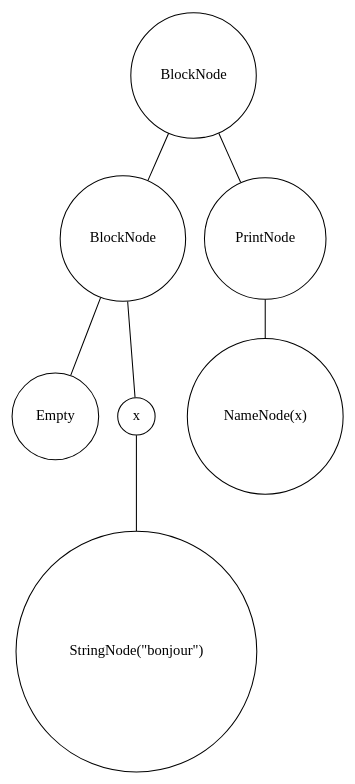
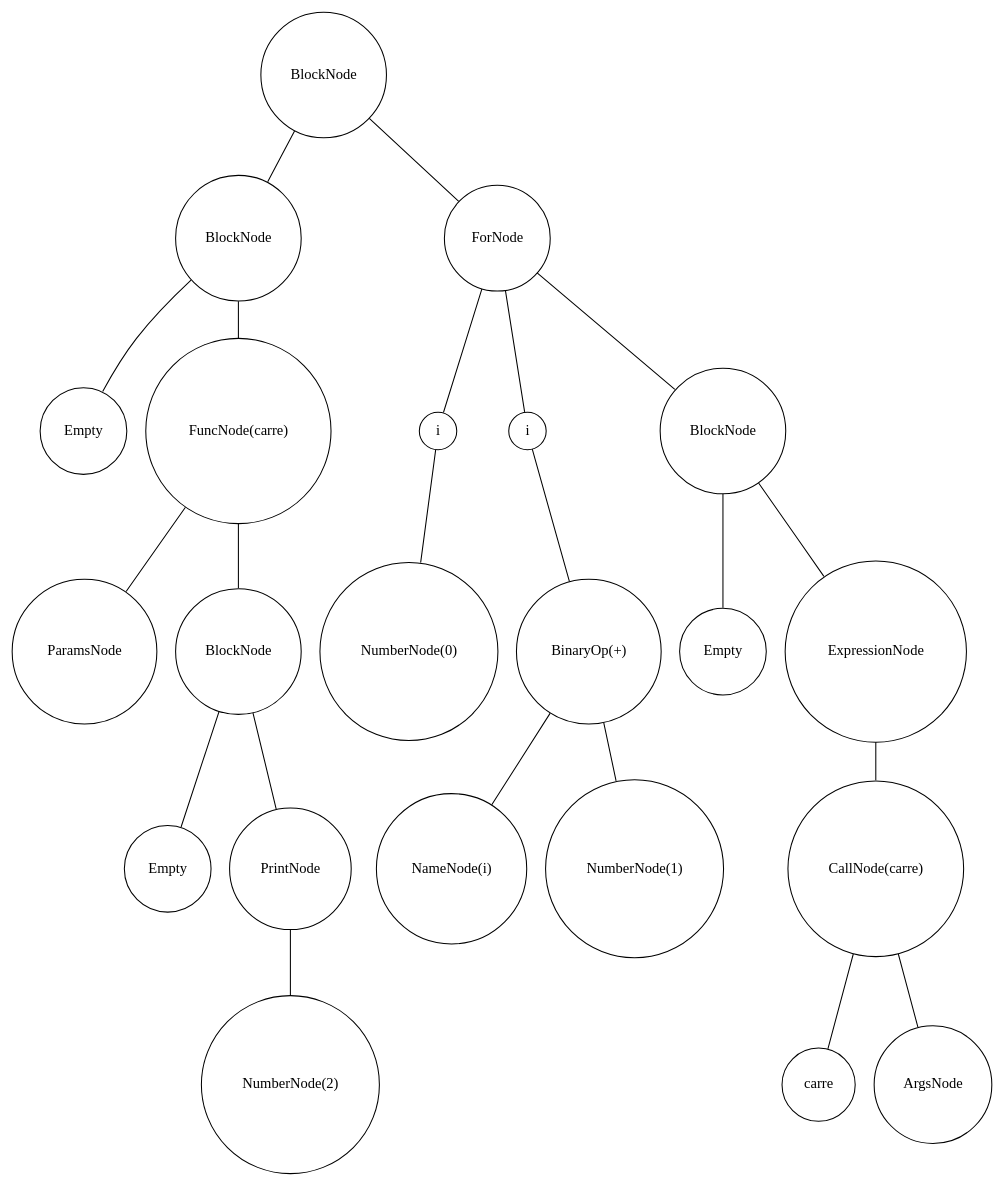
Before and after one commit to Artex6666/interpreteurPython: the diagram in img/graph.gv, drawn with Graphviz. The commit also changed 2 other files, not shown here.

Commit message:
fix: try to fix void func

```diff
--- a/img/graph.gv
+++ b/img/graph.gv
@@ -1,16 +1,46 @@
 digraph {
 	node [shape=circle]
-	"a39e263a-aa04-455a-a405-94a629747853" [label=BlockNode]
-	"476a0c82-187a-4318-9227-e1d59260866f" [label=BlockNode]
-	"06468fd6-c7c8-448f-908c-677af874bdfa" [label=Empty]
-	"476a0c82-187a-4318-9227-e1d59260866f" -> "06468fd6-c7c8-448f-908c-677af874bdfa" [arrowsize=0]
-	"29767996-f688-4993-8520-3d1bb07770b6" [label=x]
-	"30e267df-2435-4372-93f9-4995a9941faa" [label="StringNode(\"bonjour\")"]
-	"29767996-f688-4993-8520-3d1bb07770b6" -> "30e267df-2435-4372-93f9-4995a9941faa" [arrowsize=0]
-	"476a0c82-187a-4318-9227-e1d59260866f" -> "29767996-f688-4993-8520-3d1bb07770b6" [arrowsize=0]
-	"a39e263a-aa04-455a-a405-94a629747853" -> "476a0c82-187a-4318-9227-e1d59260866f" [arrowsize=0]
-	"b5532f21-a8ff-4f99-bbf4-3b9f172f49b7" [label=PrintNode]
-	"b81b5470-a3da-4fc5-a3dd-6fb1568ec093" [label="NameNode(x)"]
-	"b5532f21-a8ff-4f99-bbf4-3b9f172f49b7" -> "b81b5470-a3da-4fc5-a3dd-6fb1568ec093" [arrowsize=0]
-	"a39e263a-aa04-455a-a405-94a629747853" -> "b5532f21-a8ff-4f99-bbf4-3b9f172f49b7" [arrowsize=0]
+	"64deb61b-7047-4911-aa0b-fa0f00d7e042" [label=BlockNode]
+	"aaad4fa7-1eea-4c7f-9b8d-16a612b2e3e1" [label=BlockNode]
+	"b1d4f5b6-68d4-465d-a01d-3534b8b00c5f" [label=Empty]
+	"aaad4fa7-1eea-4c7f-9b8d-16a612b2e3e1" -> "b1d4f5b6-68d4-465d-a01d-3534b8b00c5f" [arrowsize=0]
+	"ae9e117b-7179-447e-8d93-8f69566646ae" [label="FuncNode(carre)"]
+	"94d608bc-805a-4d10-b28f-672e6f2f9102" [label=ParamsNode]
+	"ae9e117b-7179-447e-8d93-8f69566646ae" -> "94d608bc-805a-4d10-b28f-672e6f2f9102" [arrowsize=0]
+	"b5852079-04de-41e3-bbeb-85ad2679eea7" [label=BlockNode]
+	"18699f81-171f-4ea3-bdf4-308722f57654" [label=Empty]
+	"b5852079-04de-41e3-bbeb-85ad2679eea7" -> "18699f81-171f-4ea3-bdf4-308722f57654" [arrowsize=0]
+	"d1eb029e-4b58-4779-9119-727aa6f90504" [label=PrintNode]
+	"562c5cfa-ccd2-4547-88c9-492cf74be9e4" [label="NumberNode(2)"]
+	"d1eb029e-4b58-4779-9119-727aa6f90504" -> "562c5cfa-ccd2-4547-88c9-492cf74be9e4" [arrowsize=0]
+	"b5852079-04de-41e3-bbeb-85ad2679eea7" -> "d1eb029e-4b58-4779-9119-727aa6f90504" [arrowsize=0]
+	"ae9e117b-7179-447e-8d93-8f69566646ae" -> "b5852079-04de-41e3-bbeb-85ad2679eea7" [arrowsize=0]
+	"aaad4fa7-1eea-4c7f-9b8d-16a612b2e3e1" -> "ae9e117b-7179-447e-8d93-8f69566646ae" [arrowsize=0]
+	"64deb61b-7047-4911-aa0b-fa0f00d7e042" -> "aaad4fa7-1eea-4c7f-9b8d-16a612b2e3e1" [arrowsize=0]
+	"42499368-d7c7-42e3-995b-e9439bdd476a" [label=ForNode]
+	"10e61986-6760-47cb-a39a-e3c15123afb5" [label=i]
+	"fd10e6a0-3d34-49a1-abe1-77ce129d94e6" [label="NumberNode(0)"]
+	"10e61986-6760-47cb-a39a-e3c15123afb5" -> "fd10e6a0-3d34-49a1-abe1-77ce129d94e6" [arrowsize=0]
+	"42499368-d7c7-42e3-995b-e9439bdd476a" -> "10e61986-6760-47cb-a39a-e3c15123afb5" [arrowsize=0]
+	"cf6343f0-a4e8-45fa-8a46-63512805eab8" [label=i]
+	"c2a666ef-5f1f-4b34-8e33-baf9cf0c37fe" [label="BinaryOp(+)"]
+	"834803a8-0dad-48f9-adf7-06bc374485df" [label="NameNode(i)"]
+	"c2a666ef-5f1f-4b34-8e33-baf9cf0c37fe" -> "834803a8-0dad-48f9-adf7-06bc374485df" [arrowsize=0]
+	"abbef885-b646-4d68-8d95-b7128d8c365b" [label="NumberNode(1)"]
+	"c2a666ef-5f1f-4b34-8e33-baf9cf0c37fe" -> "abbef885-b646-4d68-8d95-b7128d8c365b" [arrowsize=0]
+	"cf6343f0-a4e8-45fa-8a46-63512805eab8" -> "c2a666ef-5f1f-4b34-8e33-baf9cf0c37fe" [arrowsize=0]
+	"42499368-d7c7-42e3-995b-e9439bdd476a" -> "cf6343f0-a4e8-45fa-8a46-63512805eab8" [arrowsize=0]
+	"8155eed4-1345-4cc1-a596-f4205947e99f" [label=BlockNode]
+	"30c04d00-66a6-47b6-9dba-51bd0888c7c7" [label=Empty]
+	"8155eed4-1345-4cc1-a596-f4205947e99f" -> "30c04d00-66a6-47b6-9dba-51bd0888c7c7" [arrowsize=0]
+	"baf4e24d-4ae0-4ab1-a39c-4e6a779083d7" [label=ExpressionNode]
+	"17b6f0c3-f1dc-49c4-b7d3-1b24a43b44a0" [label="CallNode(carre)"]
+	"607c2f7f-dd05-4f5d-87ed-938f2a39e7a4" [label=carre]
+	"17b6f0c3-f1dc-49c4-b7d3-1b24a43b44a0" -> "607c2f7f-dd05-4f5d-87ed-938f2a39e7a4" [arrowsize=0]
+	"64016c0f-6585-4acb-b173-9b382082509f" [label=ArgsNode]
+	"17b6f0c3-f1dc-49c4-b7d3-1b24a43b44a0" -> "64016c0f-6585-4acb-b173-9b382082509f" [arrowsize=0]
+	"baf4e24d-4ae0-4ab1-a39c-4e6a779083d7" -> "17b6f0c3-f1dc-49c4-b7d3-1b24a43b44a0" [arrowsize=0]
+	"8155eed4-1345-4cc1-a596-f4205947e99f" -> "baf4e24d-4ae0-4ab1-a39c-4e6a779083d7" [arrowsize=0]
+	"42499368-d7c7-42e3-995b-e9439bdd476a" -> "8155eed4-1345-4cc1-a596-f4205947e99f" [arrowsize=0]
+	"64deb61b-7047-4911-aa0b-fa0f00d7e042" -> "42499368-d7c7-42e3-995b-e9439bdd476a" [arrowsize=0]
 }
```
